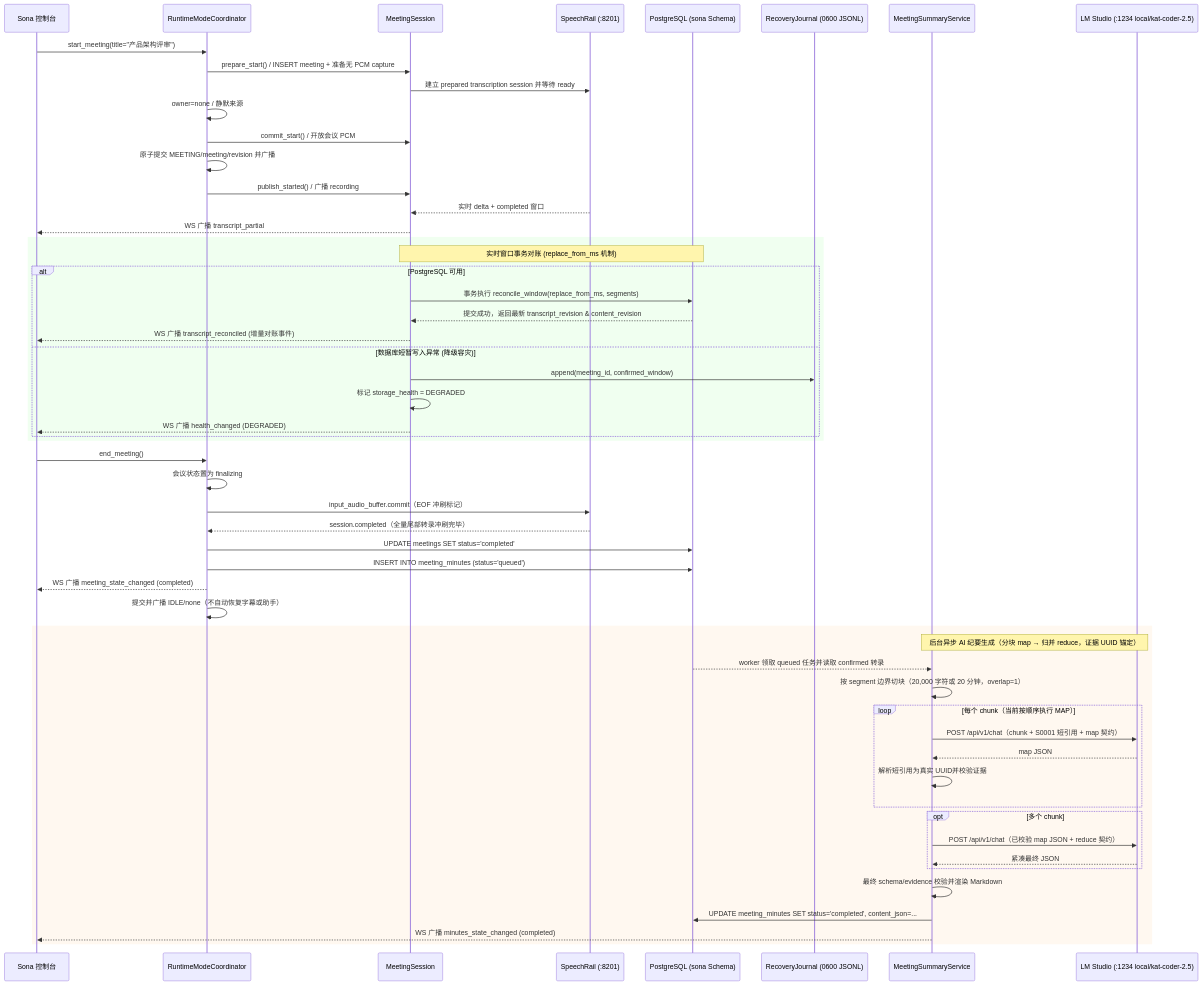
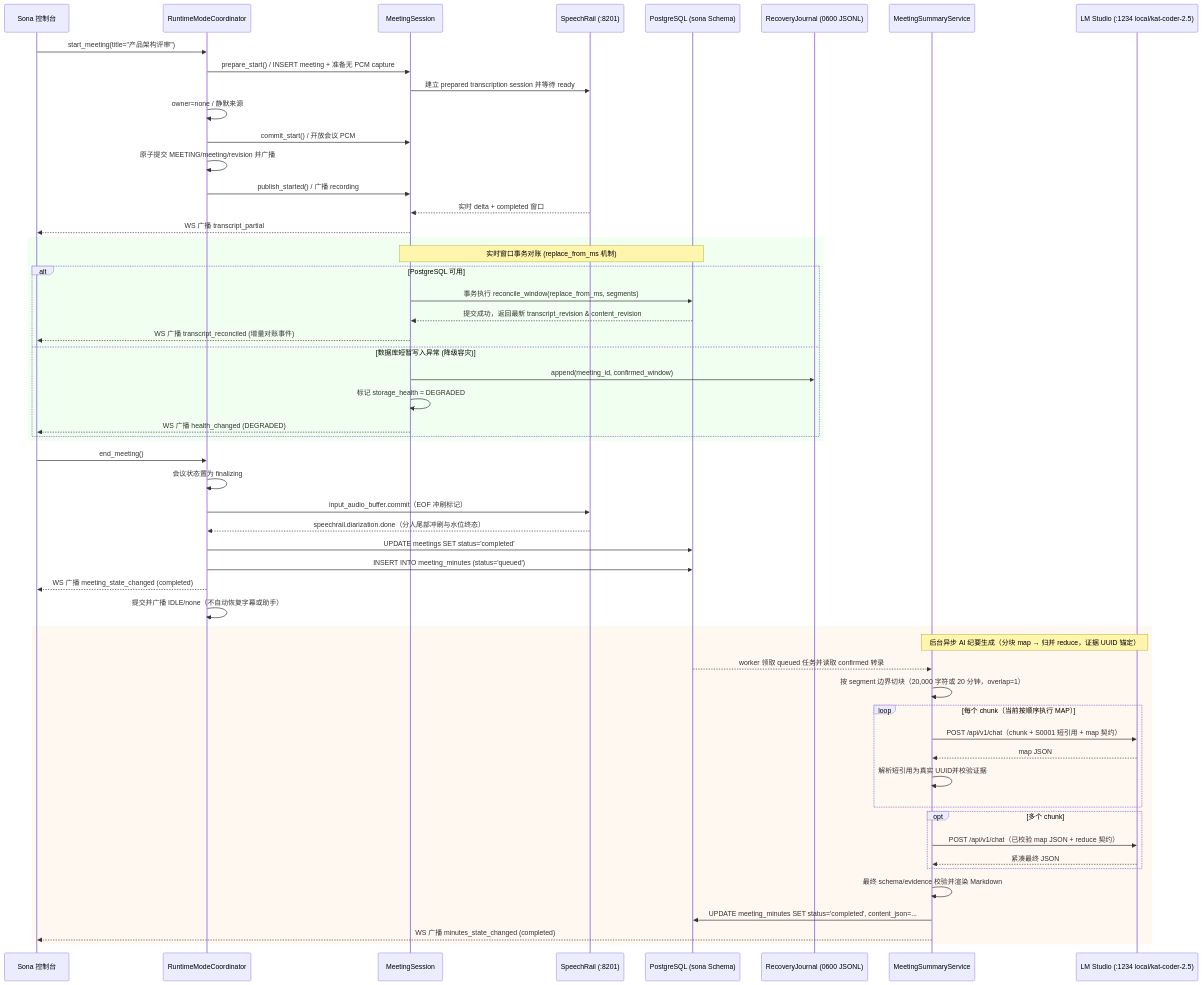
One commit to hrygo/sona changed the tenth of 13 diagrams in docs/architecture/系统总体架构与详细设计方案.md. Above: the diagram before and after it, drawn with Mermaid. The commit also changed other lines of this file and 69 other files, not shown here.

````diff
--- a/docs/architecture/系统总体架构与详细设计方案.md
+++ b/docs/architecture/系统总体架构与详细设计方案.md
@@ -573,61 +573,61 @@
 ```mermaid
 sequenceDiagram
     participant UI as Sona 控制台
     participant RT as RuntimeModeCoordinator
     participant MS as MeetingSession
     participant SR as SpeechRail (:8201)
     participant PG as PostgreSQL (sona Schema)
     participant RJ as RecoveryJournal (0600 JSONL)
     participant SW as MeetingSummaryService
     participant LM as LM Studio (:1234 local/kat-coder-2.5)
 
     UI->>RT: start_meeting(title="产品架构评审")
     RT->>MS: prepare_start() / INSERT meeting + 准备无 PCM capture
     MS->>SR: 建立 prepared transcription session 并等待 ready
     RT->>RT: owner=none / 静默来源
     RT->>MS: commit_start() / 开放会议 PCM
     RT->>RT: 原子提交 MEETING/meeting/revision 并广播
     RT->>MS: publish_started() / 广播 recording
     SR-->>MS: 实时 delta + completed 窗口
     MS-->>UI: WS 广播 transcript_partial
 
     rect rgb(240, 255, 240)
     Note over MS,PG: 实时窗口事务对账 (replace_from_ms 机制)
     alt PostgreSQL 可用
         MS->>PG: 事务执行 reconcile_window(replace_from_ms, segments)
         PG-->>MS: 提交成功，返回最新 transcript_revision & content_revision
         MS-->>UI: WS 广播 transcript_reconciled (增量对账事件)
     else 数据库短暂写入异常 (降级容灾)
         MS->>RJ: append(meeting_id, confirmed_window)
         MS->>MS: 标记 storage_health = DEGRADED
         MS-->>UI: WS 广播 health_changed (DEGRADED)
     end
     end
 
     UI->>RT: end_meeting()
     RT->>RT: 会议状态置为 finalizing
     RT->>SR: input_audio_buffer.commit（EOF 冲刷标记）
-    SR-->>RT: session.completed（全量尾部转录冲刷完毕）
+    SR-->>RT: speechrail.diarization.done（分人尾部冲刷与水位终态）
     RT->>PG: UPDATE meetings SET status='completed'
     RT->>PG: INSERT INTO meeting_minutes (status='queued')
     RT-->>UI: WS 广播 meeting_state_changed (completed)
     RT->>RT: 提交并广播 IDLE/none（不自动恢复字幕或助手）
 
     rect rgb(255, 248, 240)
     Note over SW,LM: 后台异步 AI 纪要生成（分块 map → 归并 reduce，证据 UUID 锚定）
     PG-->>SW: worker 领取 queued 任务并读取 confirmed 转录
     SW->>SW: 按 segment 边界切块（20,000 字符或 20 分钟，overlap=1）
     loop 每个 chunk（当前按顺序执行 MAP）
         SW->>LM: POST /api/v1/chat（chunk + S0001 短引用 + map 契约）
         LM-->>SW: map JSON
         SW->>SW: 解析短引用为真实 UUID并校验证据
     end
     opt 多个 chunk
         SW->>LM: POST /api/v1/chat（已校验 map JSON + reduce 契约）
         LM-->>SW: 紧凑最终 JSON
     end
     SW->>SW: 最终 schema/evidence 校验并渲染 Markdown
     SW->>PG: UPDATE meeting_minutes SET status='completed', content_json=...
     SW-->>UI: WS 广播 minutes_state_changed (completed)
     end
 ```
````
